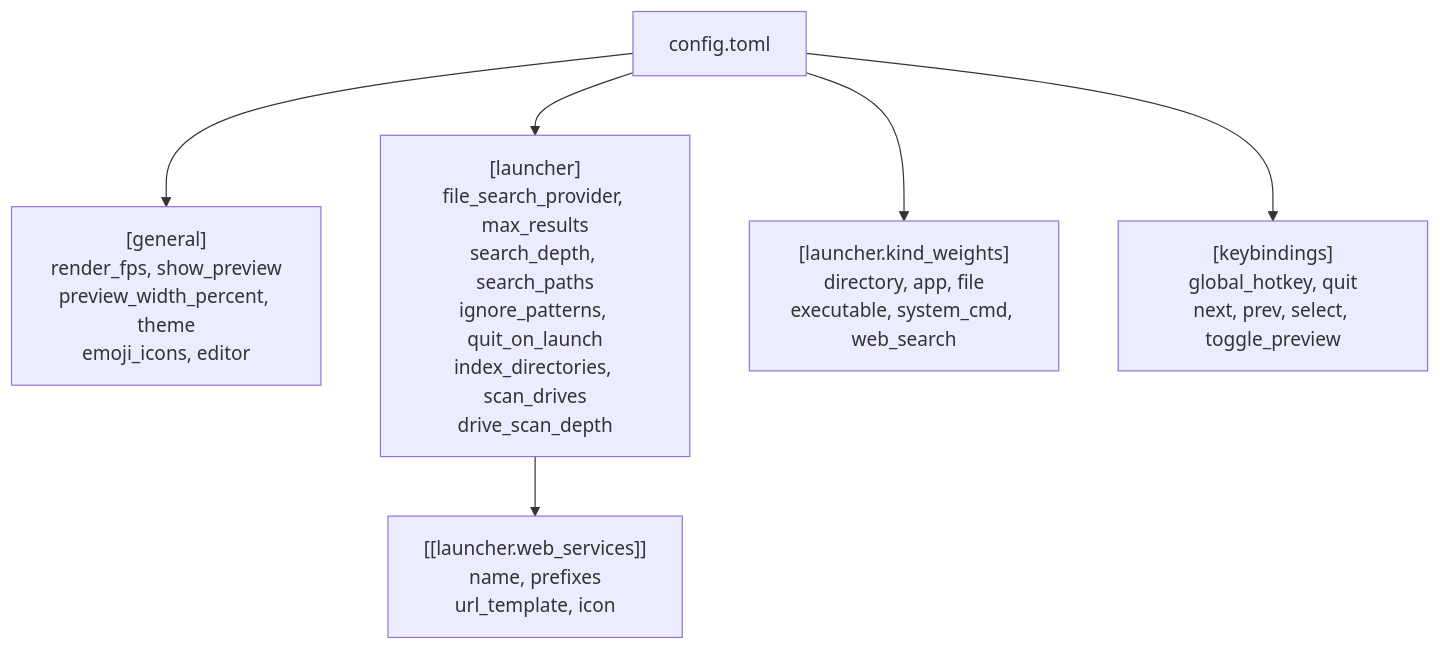
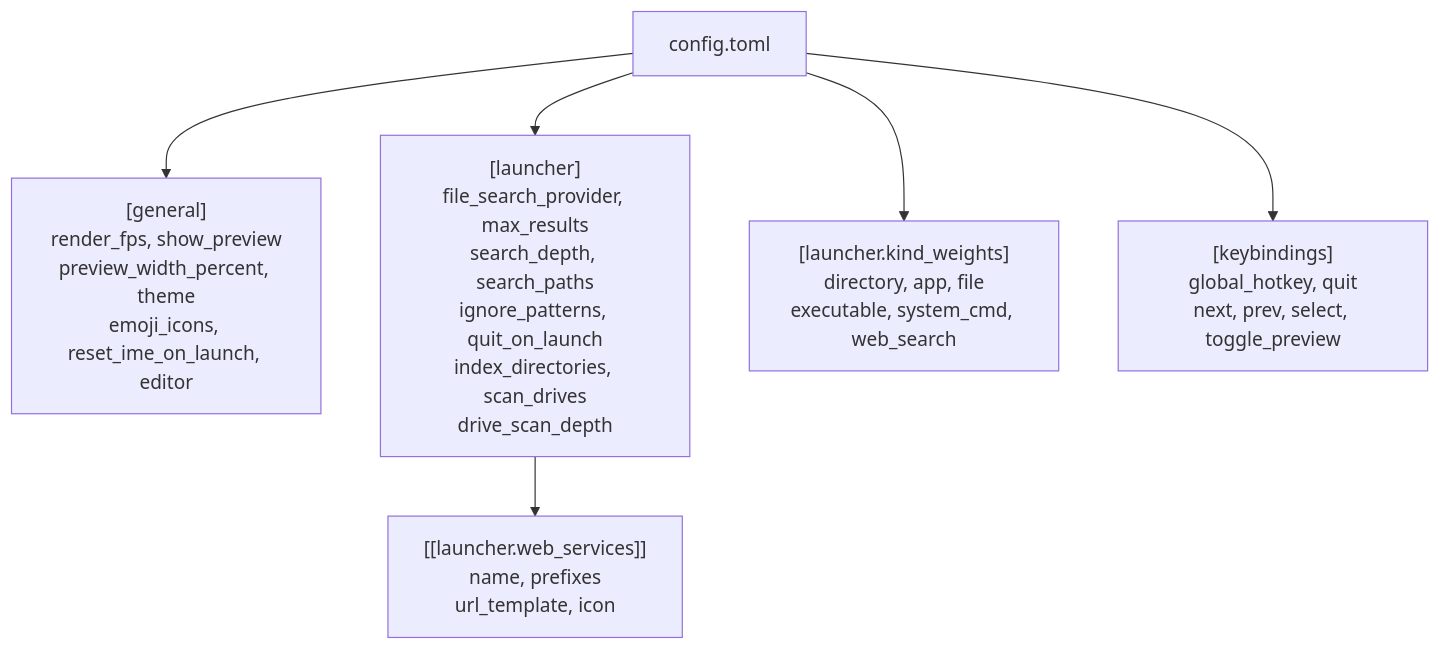
One commit to bullpae/keymander-cli changed the first of 4 diagrams in docs/06_config_reference.md. Above: the diagram before and after it, drawn with Mermaid. The commit also changed other lines of this file and 7 other files, not shown here.

````diff
--- a/docs/06_config_reference.md
+++ b/docs/06_config_reference.md
@@ -17,8 +17,8 @@
 ```mermaid
 graph TB
-    ConfigToml["config.toml"] --> General["[general]\nrender_fps, show_preview\npreview_width_percent, theme\nemoji_icons, editor"]
+    ConfigToml["config.toml"] --> General["[general]\nrender_fps, show_preview\npreview_width_percent, theme\nemoji_icons, reset_ime_on_launch, editor"]
     ConfigToml --> Launcher["[launcher]\nfile_search_provider, max_results\nsearch_depth, search_paths\nignore_patterns, quit_on_launch\nindex_directories, scan_drives\ndrive_scan_depth"]
     ConfigToml --> KindWeights["[launcher.kind_weights]\ndirectory, app, file\nexecutable, system_cmd, web_search"]
     ConfigToml --> Keybindings["[keybindings]\nglobal_hotkey, quit\nnext, prev, select, toggle_preview"]
     Launcher --> WebService1["[[launcher.web_services]]\nname, prefixes\nurl_template, icon"]
 ```
````
